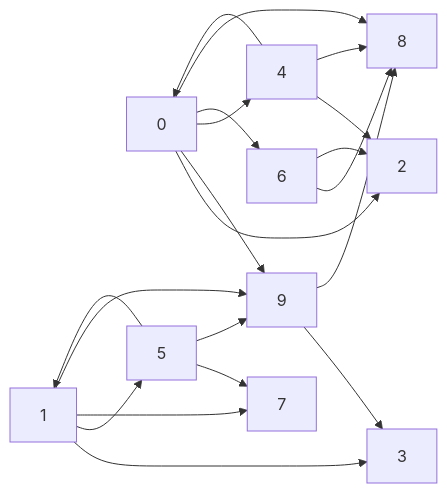
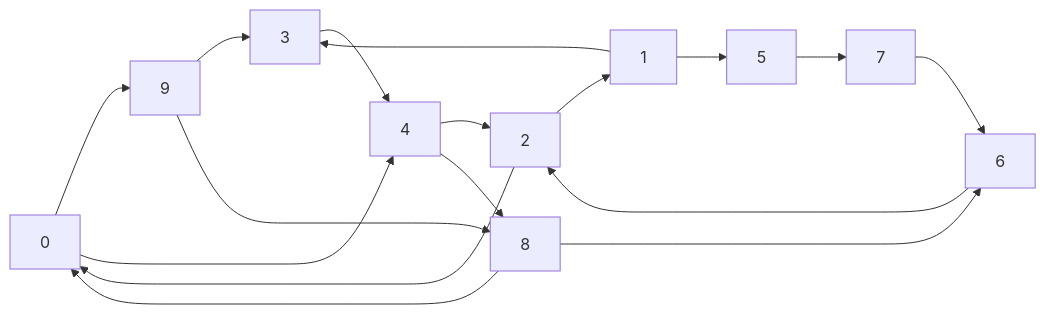
Before and after one commit to boddaert/nsi: the diagram in terminale/Structures_relationnelles_de_données/Exercices/Exercices_graphes.md, drawn with Mermaid. The commit also changed 5 other files, not shown here.

````diff
--- a/terminale/Structures_relationnelles_de_données/Exercices/Exercices_graphes.md
+++ b/terminale/Structures_relationnelles_de_données/Exercices/Exercices_graphes.md
@@ -5,22 +5,19 @@
 ```mermaid
     flowchart LR
-        0 --> 2
         0 --> 9
         0 --> 4
-        0 --> 6
-        0 --> 8
         1 --> 3
         1 --> 5
-        1 --> 7
-        1 --> 9
-        4 --> 0
+        2 --> 0
+        2 --> 1
+        3 --> 4
         4 --> 2
         4 --> 8
-        5 --> 1
         5 --> 7
-        5 --> 9
-        6 --> 8
+        8 --> 6
         6 --> 2
+        7 --> 6
+        8 --> 0
         9 --> 3
         9 --> 8
 ```
````
